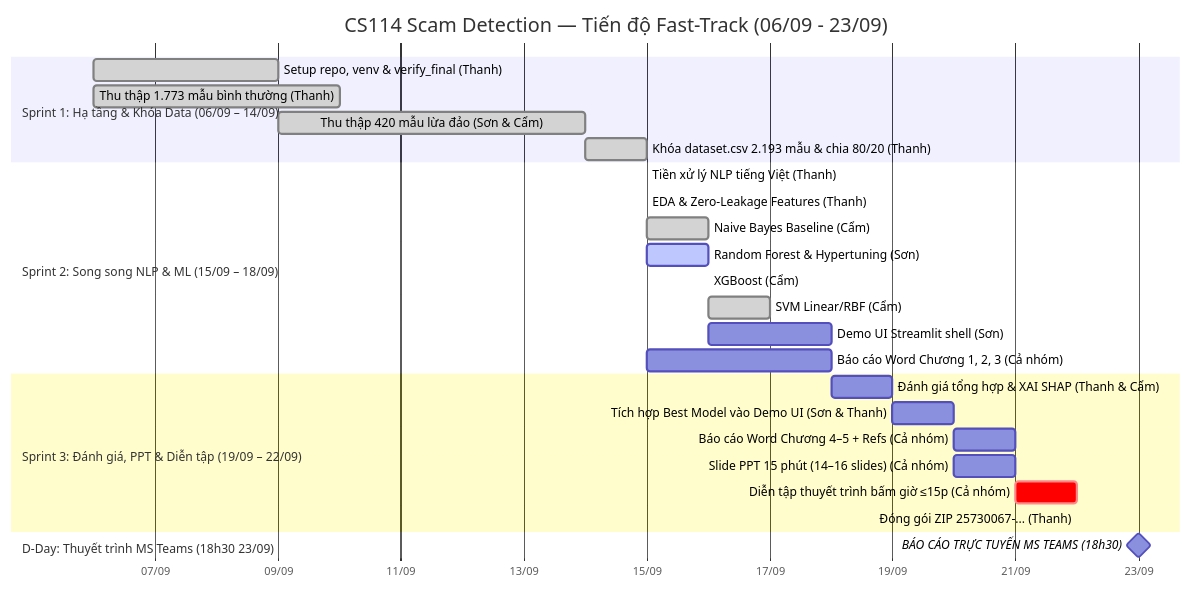
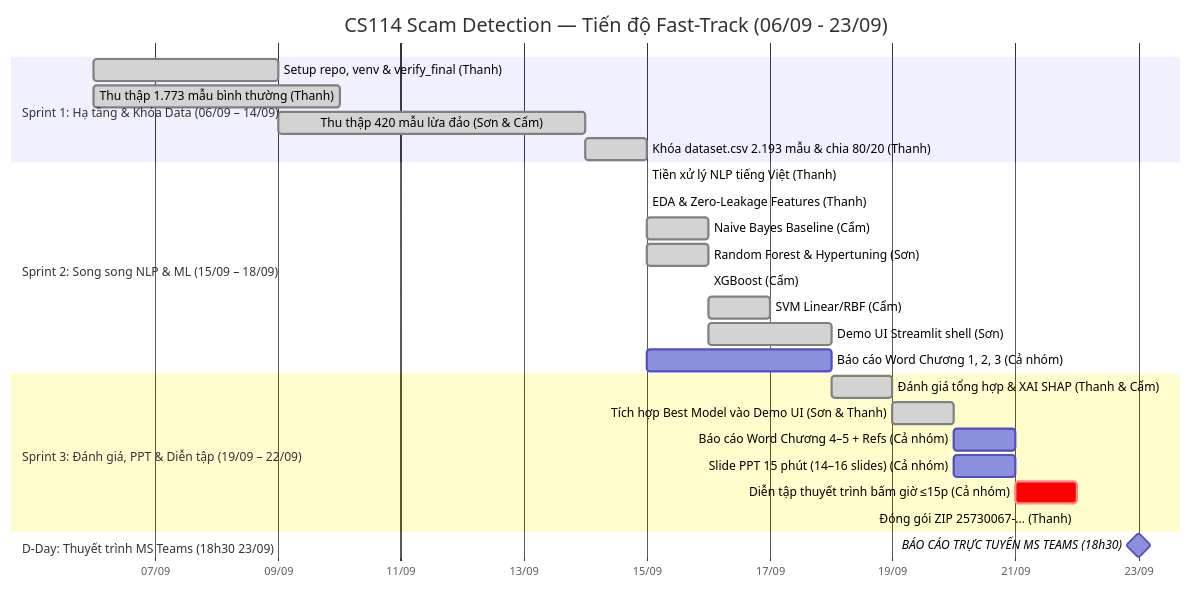
Before and after one commit to uit-25730067-chithanh/CS114-Team10-Elderly-Scam-Detection: the diagram in draft/scam-detection/docs/project-roadmap.md, drawn with Mermaid. The commit also changed other lines of this file and 7 other files, not shown here.

Commit message:
docs(phase08): sync documentation matrix, research report, and sprint roadmap

````diff
--- a/draft/scam-detection/docs/project-roadmap.md
+++ b/draft/scam-detection/docs/project-roadmap.md
@@ -14,34 +14,34 @@
 ```mermaid
 gantt
     title CS114 Scam Detection — Tiến độ Fast-Track (06/09 - 23/09)
     dateFormat  YYYY-MM-DD
     axisFormat  %d/%m
     tickInterval 2d
 
     section Sprint 1: Hạ tầng & Khóa Data (06/09 – 14/09)
     Setup repo, venv & verify_final (Thanh)        :done, s1_1, 2026-09-06, 2026-09-09
     Thu thập 1.773 mẫu bình thường (Thanh)         :done, s1_2, 2026-09-06, 2026-09-10
     Thu thập 420 mẫu lừa đảo (Sơn & Cẩm)           :done, s1_3, 2026-09-09, 2026-09-14
     Khóa dataset.csv 2.193 mẫu & chia 80/20 (Thanh):done, s1_4, 2026-09-14, 2026-09-15
 
     section Sprint 2: Song song NLP & ML (15/09 – 18/09)
     Tiền xử lý NLP tiếng Việt (Thanh)              :done, s2_1, 2026-09-15, 2026-09-15
     EDA & Zero-Leakage Features (Thanh)            :done, s2_2, 2026-09-15, 2026-09-15
     Naive Bayes Baseline (Cẩm)                     :done, s2_3, 2026-09-15, 2026-09-16
-    Random Forest & Hypertuning (Sơn)              :active, s2_4, 2026-09-15, 2026-09-16
+    Random Forest & Hypertuning (Sơn)              :done, s2_4, 2026-09-15, 2026-09-16
     XGBoost (Cẩm)                                  :done, s2_5_1, 2026-09-16, 2026-09-16
     SVM Linear/RBF (Cẩm)                           :done, s2_5_2, 2026-09-16, 2026-09-17
-    Demo UI Streamlit shell (Sơn)                  :s2_6, 2026-09-16, 2026-09-18
+    Demo UI Streamlit shell (Sơn)                  :done, s2_6, 2026-09-16, 2026-09-18
     Báo cáo Word Chương 1, 2, 3 (Cả nhóm)          :s2_7, 2026-09-15, 2026-09-18
 
     section Sprint 3: Đánh giá, PPT & Diễn tập (19/09 – 22/09)
-    Đánh giá tổng hợp & XAI SHAP (Thanh & Cẩm)     :s3_1, 2026-09-18, 2026-09-19
-    Tích hợp Best Model vào Demo UI (Sơn & Thanh)  :s3_2, 2026-09-19, 2026-09-20
+    Đánh giá tổng hợp & XAI SHAP (Thanh & Cẩm)     :done, s3_1, 2026-09-18, 2026-09-19
+    Tích hợp Best Model vào Demo UI (Sơn & Thanh)  :done, s3_2, 2026-09-19, 2026-09-20
     Báo cáo Word Chương 4–5 + Refs (Cả nhóm)       :s3_3, 2026-09-20, 2026-09-21
     Slide PPT 15 phút (14–16 slides) (Cả nhóm)     :s3_4, 2026-09-20, 2026-09-21
     Diễn tập thuyết trình bấm giờ ≤15p (Cả nhóm)   :crit, s3_5, 2026-09-21, 2026-09-22
     Đóng gói ZIP 25730067-... (Thanh)              :s3_6, 2026-09-22, 2026-09-22
 
     section D-Day: Thuyết trình MS Teams (18h30 23/09)
     BÁO CÁO TRỰC TUYẾN MS TEAMS (18h30)            :milestone, s3_7, 2026-09-23, 0d
 ```
````
